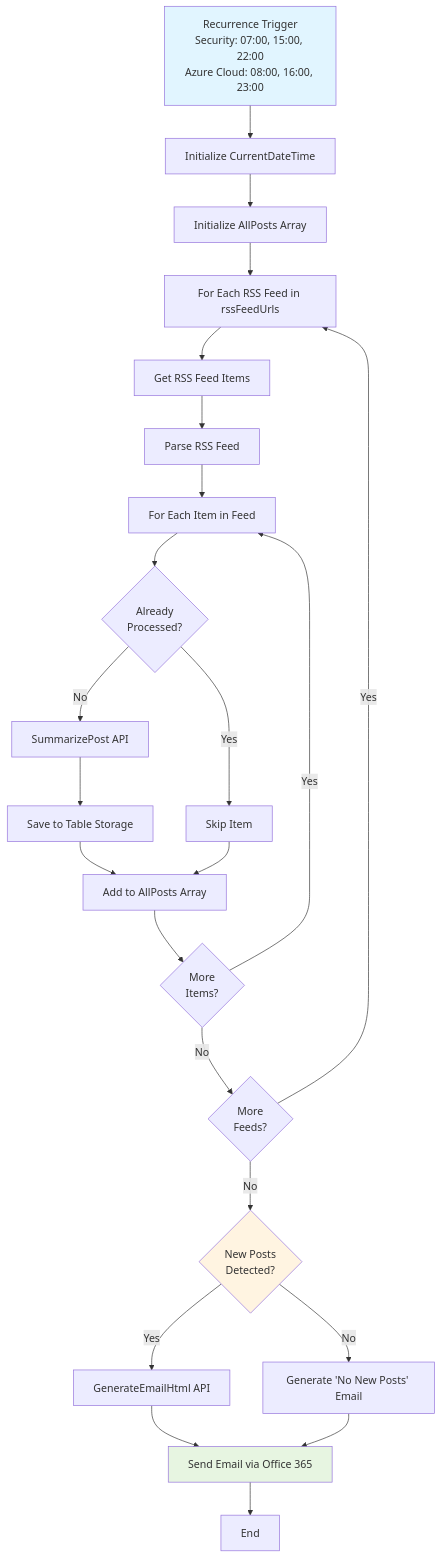
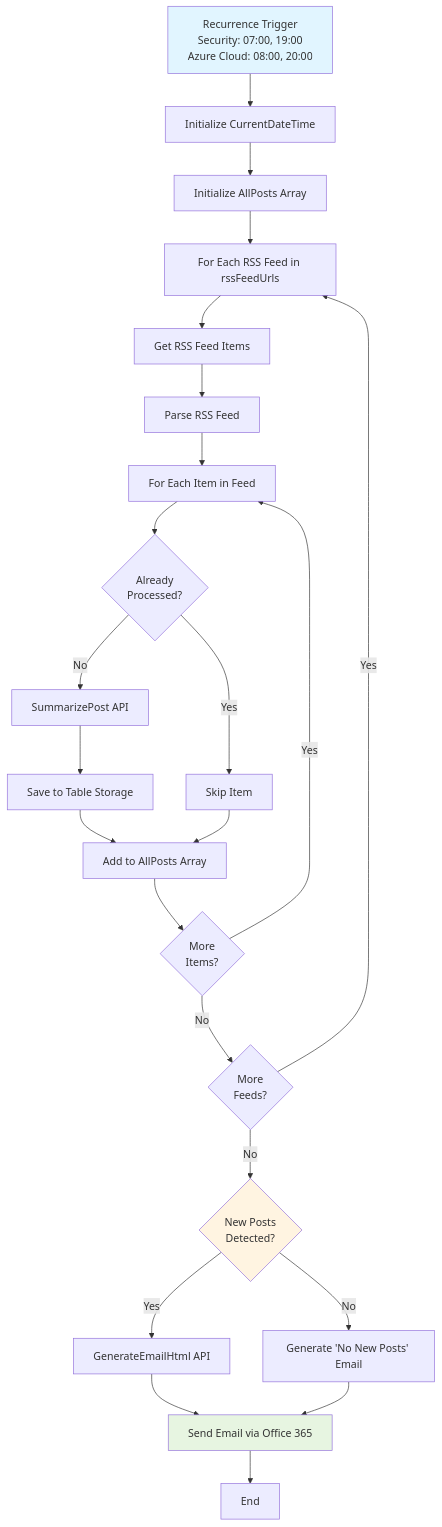
The diagram in docs/Logic-App-워크플로우.md (zer0big/azure-security-blog-automation), drawn with Mermaid before and after one commit. The commit also changed other lines of this file and 9 other files, not shown here.

````diff
--- a/docs/Logic-App-워크플로우.md
+++ b/docs/Logic-App-워크플로우.md
@@ -32,36 +33,36 @@
 ```mermaid
 graph TB
-    A["Recurrence Trigger\nSecurity: 07:00, 15:00, 22:00\nAzure Cloud: 08:00, 16:00, 23:00"] --> B[Initialize CurrentDateTime]
+    A["Recurrence Trigger\nSecurity: 07:00, 19:00\nAzure Cloud: 08:00, 20:00"] --> B[Initialize CurrentDateTime]
     B --> C[Initialize AllPosts Array]
     C --> D[For Each RSS Feed in rssFeedUrls]
     
     D --> E[Get RSS Feed Items]
     E --> F[Parse RSS Feed]
     F --> G[For Each Item in Feed]
     
     G --> H{"Already\nProcessed?"}
     H -->|No| I[SummarizePost API]
     H -->|Yes| J[Skip Item]
     
     I --> K[Save to Table Storage]
     K --> L[Add to AllPosts Array]
     J --> L
     
     L --> M{"More\nItems?"}
     M -->|Yes| G
     M -->|No| N{"More\nFeeds?"}
     
     N -->|Yes| D
     N -->|No| O{"New Posts\nDetected?"}
     
     O -->|Yes| P[GenerateEmailHtml API]
     O -->|No| Q[Generate 'No New Posts' Email]
     
     P --> R[Send Email via Office 365]
     Q --> R
     R --> S[End]
     
     style A fill:#e1f5ff
     style O fill:#fff4e1
     style R fill:#e7f5e1
 ```
````
